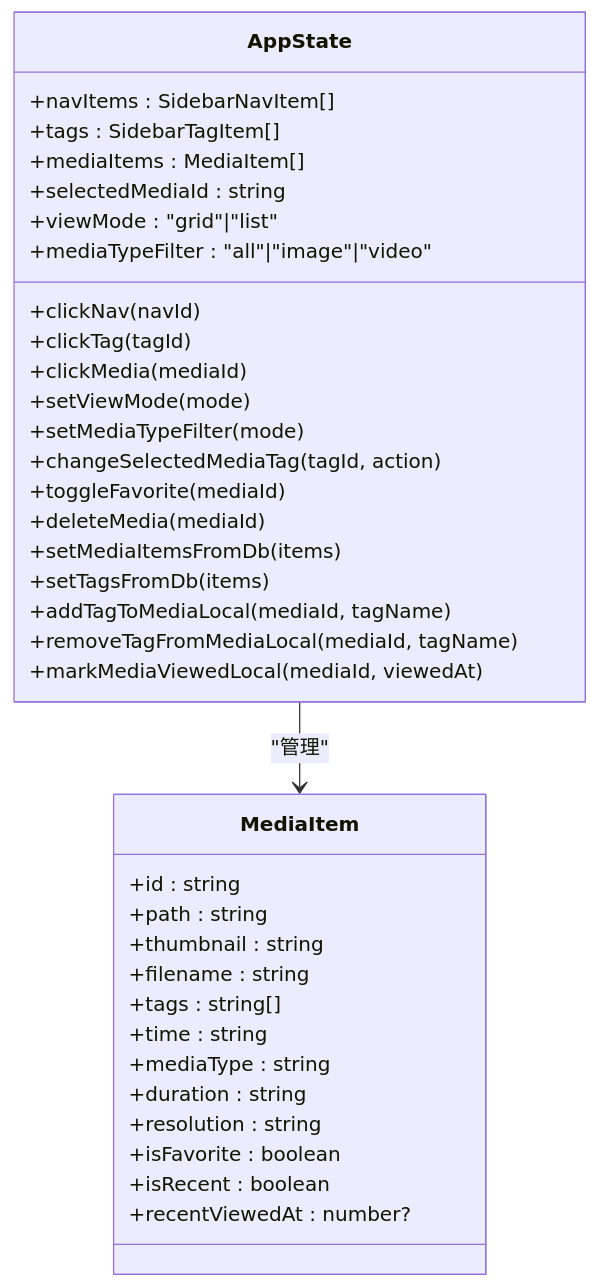
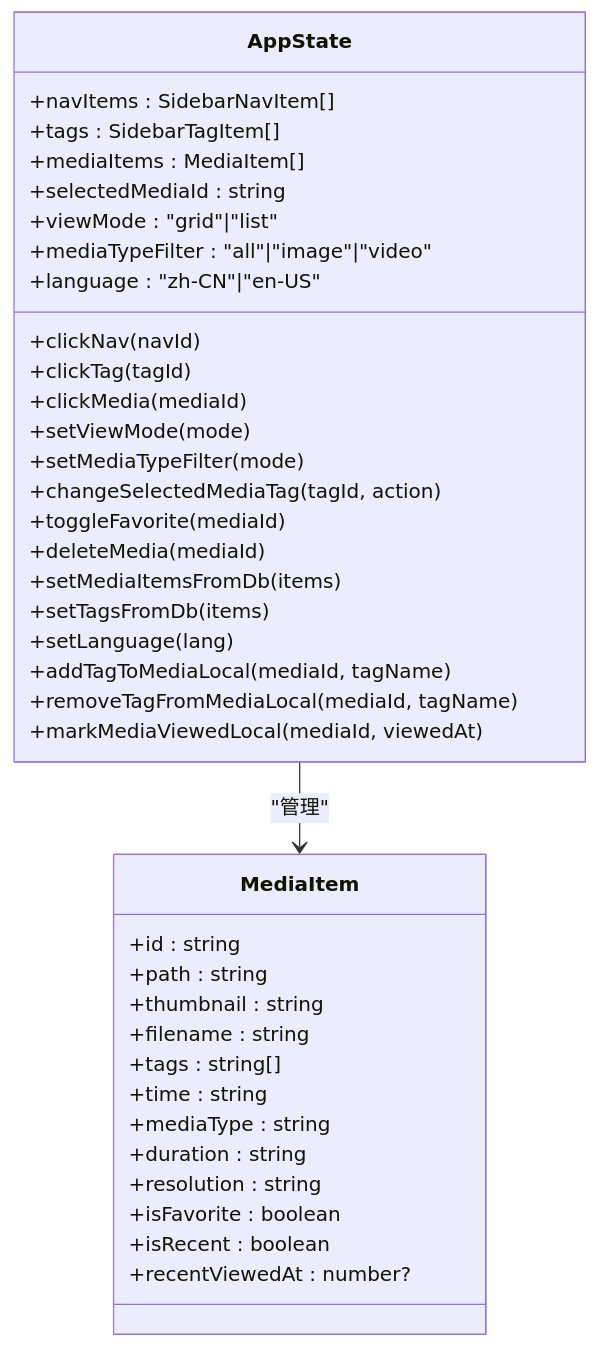
The third of 13 diagrams in doc/repowiki/zh/content/架构设计/架构设计.md (YLee9527/Medex), drawn with Mermaid before and after one commit. The commit also changed other lines of this file and 31 other files, not shown here.

First line of the commit message:
docs(doc): 添加部署脚本、锁屏功能、发布指南及设置按钮图标文档

````diff
--- a/doc/repowiki/zh/content/架构设计/架构设计.md
+++ b/doc/repowiki/zh/content/架构设计/架构设计.md
@@ -138,39 +154,41 @@
 ```mermaid
 classDiagram
 class AppState {
 +navItems : SidebarNavItem[]
 +tags : SidebarTagItem[]
 +mediaItems : MediaItem[]
 +selectedMediaId : string
 +viewMode : "grid"|"list"
 +mediaTypeFilter : "all"|"image"|"video"
++language : "zh-CN"|"en-US"
 +clickNav(navId)
 +clickTag(tagId)
 +clickMedia(mediaId)
 +setViewMode(mode)
 +setMediaTypeFilter(mode)
 +changeSelectedMediaTag(tagId, action)
 +toggleFavorite(mediaId)
 +deleteMedia(mediaId)
 +setMediaItemsFromDb(items)
 +setTagsFromDb(items)
++setLanguage(lang)
 +addTagToMediaLocal(mediaId, tagName)
 +removeTagFromMediaLocal(mediaId, tagName)
 +markMediaViewedLocal(mediaId, viewedAt)
 }
 class MediaItem {
 +id : string
 +path : string
 +thumbnail : string
 +filename : string
 +tags : string[]
 +time : string
 +mediaType : string
 +duration : string
 +resolution : string
 +isFavorite : boolean
 +isRecent : boolean
 +recentViewedAt : number?
 }
 AppState --> MediaItem : "管理"
 ```
````
